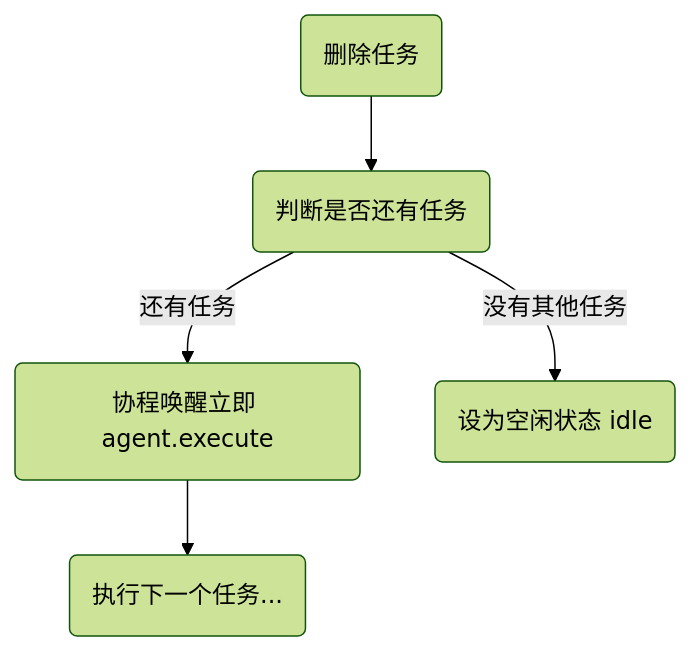
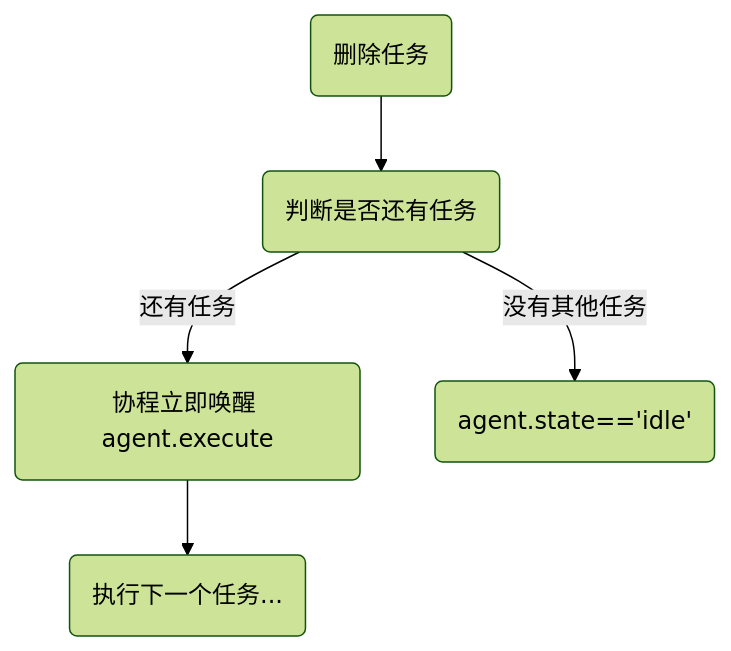
The third of 4 diagrams in docs/agent-template.md (huuhghhgyg/Container-Terminal-Simulation), drawn with Mermaid (forest theme) before and after one commit. The commit also changed other lines of this file and 4 other files, not shown here.

````diff
--- a/docs/agent-template.md
+++ b/docs/agent-template.md
@@ -32,11 +34,11 @@
 ```mermaid
 graph
 deltask(删除任务)
-invoke(协程唤醒立即 agent.execute)
+invoke(协程立即唤醒 agent.execute)
 execute_next(执行下一个任务...)
-idle(设为空闲状态 idle)
+idle(agent.state=='idle')
 has_task(判断是否还有任务)
 
 deltask-->has_task-->|没有其他任务|idle
 has_task-->|还有任务|invoke-->execute_next
 ```
````
